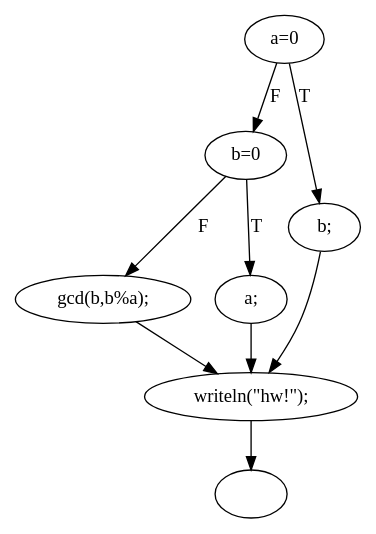
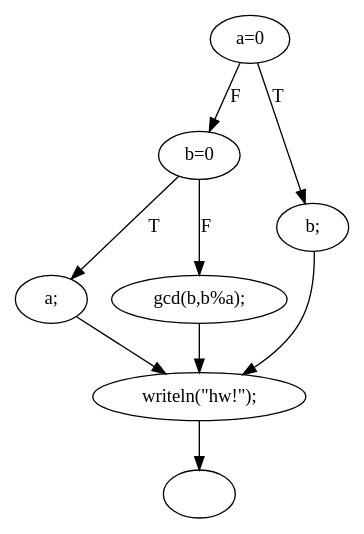
One commit to romagolchin/itmo-masters changed the diagram in program-model-verification/output/lab2_cfg/test.gcd.dot. Above: the diagram before and after it, drawn with Graphviz. The commit also changed 27 other files, not shown here.

```diff
--- a/program-model-verification/output/lab2_cfg/test.gcd.dot
+++ b/program-model-verification/output/lab2_cfg/test.gcd.dot
@@ -1,17 +1,17 @@
 digraph {
-  0 [label="writeln(\"hw!\");"];
-  1 [label=""];
+  0 [label="a;"];
+  1 [label="gcd(b,b%a);"];
   2 [label="b=0"];
-  3 [label="a=0"];
-  4 [label="b;"];
-  5 [label="gcd(b,b%a);"];
-  6 [label="a;"];
-  3 -> 4 [label="T"];
-  2 -> 5 [label="F"];
-  4 -> 0 [label=""];
-  0 -> 1 [label=""];
-  2 -> 6 [label="T"];
-  6 -> 0 [label=""];
-  3 -> 2 [label="F"];
-  5 -> 0 [label=""];
+  3 [label="b;"];
+  4 [label=""];
+  5 [label="writeln(\"hw!\");"];
+  6 [label="a=0"];
+  1 -> 5 [label=""];
+  5 -> 4 [label=""];
+  3 -> 5 [label=""];
+  6 -> 2 [label="F"];
+  2 -> 1 [label="F"];
+  0 -> 5 [label=""];
+  2 -> 0 [label="T"];
+  6 -> 3 [label="T"];
 }
```
